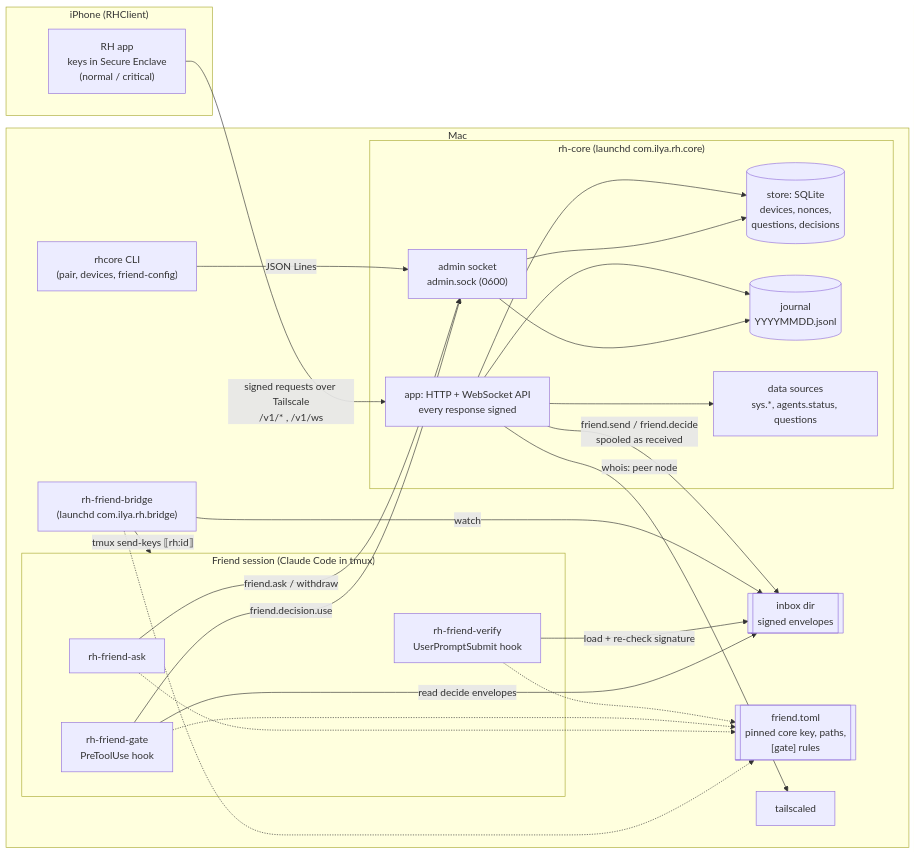
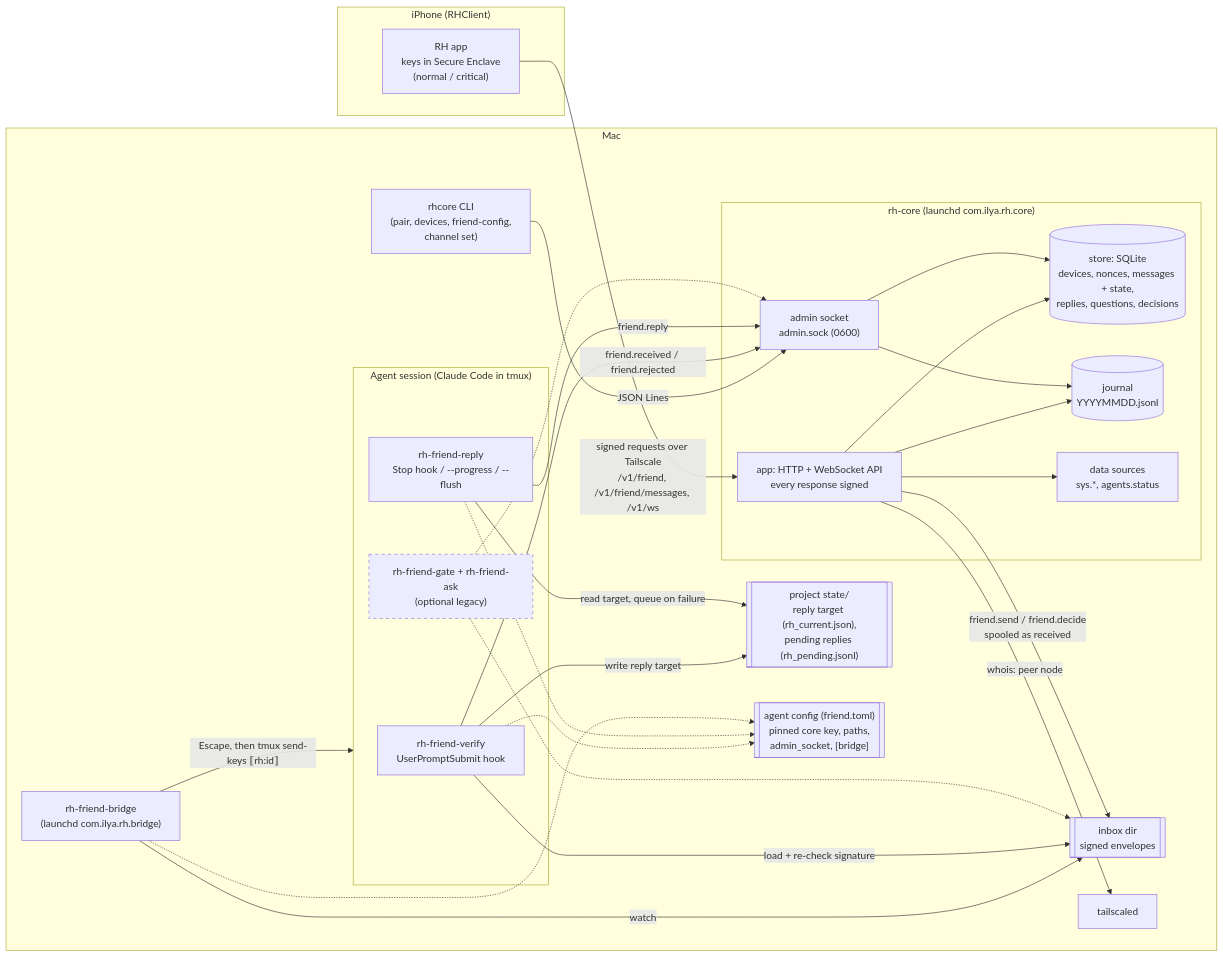
One commit to ilyxas/RHServer changed the diagram in docs/charts/runtime.md. Above: the diagram before and after it, drawn with Mermaid. The commit also changed other lines of this file and 6 other files, not shown here.

First line of the commit message:
docs/charts: update UML for the simple channel

````diff
--- a/docs/charts/runtime.md
+++ b/docs/charts/runtime.md
@@ -5,46 +6,53 @@
 ```mermaid
 flowchart LR
     subgraph phone["iPhone (RHClient)"]
         app["RH app<br/>keys in Secure Enclave<br/>(normal / critical)"]
     end
 
     subgraph mac["Mac"]
         subgraph core_proc["rh-core (launchd com.ilya.rh.core)"]
             api["app: HTTP + WebSocket API<br/>every response signed"]
             admin["admin socket<br/>admin.sock (0600)"]
-            store[("store: SQLite<br/>devices, nonces,<br/>questions, decisions")]
+            store[("store: SQLite<br/>devices, nonces, messages + state,<br/>replies, questions, decisions")]
             journal[("journal<br/>YYYYMMDD.jsonl")]
-            data["data sources<br/>sys.*, agents.status, questions"]
+            data["data sources<br/>sys.*, agents.status"]
         end
 
         inbox[["inbox dir<br/>signed envelopes"]]
-        cli["rhcore CLI<br/>(pair, devices, friend-config)"]
+        cli["rhcore CLI<br/>(pair, devices, friend-config,<br/>channel set)"]
         bridge["rh-friend-bridge<br/>(launchd com.ilya.rh.bridge)"]
 
-        subgraph friend_sess["Friend session (Claude Code in tmux)"]
+        subgraph agent_sess["Agent session (Claude Code in tmux)"]
             verify["rh-friend-verify<br/>UserPromptSubmit hook"]
-            gate["rh-friend-gate<br/>PreToolUse hook"]
-            ask["rh-friend-ask"]
+            reply["rh-friend-reply<br/>Stop hook / --progress / --flush"]
+            gate["rh-friend-gate + rh-friend-ask<br/>(optional legacy)"]
         end
 
-        cfg[["friend.toml<br/>pinned core key, paths,<br/>[gate] rules"]]
+        state[["project state/<br/>reply target (rh_current.json),<br/>pending replies (rh_pending.jsonl)"]]
+        cfg[["agent config (friend.toml)<br/>pinned core key, paths,<br/>admin_socket, [bridge]"]]
         ts["tailscaled"]
     end
 
-    app -- "signed requests over Tailscale<br/>/v1/* , /v1/ws" --> api
+    app -- "signed requests over Tailscale<br/>/v1/friend, /v1/friend/messages, /v1/ws" --> api
     api -- "whois: peer node" --> ts
     api --> store & journal
     api --> data
     api -- "friend.send / friend.decide<br/>spooled as received" --> inbox
 
     cli -- "JSON Lines" --> admin
-    ask -- "friend.ask / withdraw" --> admin
-    gate -- "friend.decision.use" --> admin
+    verify -- "friend.received / friend.rejected" --> admin
+    reply -- "friend.reply" --> admin
+    gate -.-> admin
     admin --> store & journal
 
     bridge -- "watch" --> inbox
-    bridge -- "tmux send-keys ⟦rh:id⟧" --> friend_sess
+    bridge -- "Escape, then tmux send-keys ⟦rh:id⟧" --> agent_sess
     verify -- "load + re-check signature" --> inbox
-    gate -- "read decide envelopes" --> inbox
-    verify & gate & ask & bridge -.-> cfg
+    gate -.-> inbox
+    verify -- "write reply target" --> state
+    reply -- "read target, queue on failure" --> state
+    verify & reply & bridge -.-> cfg
+
+    classDef optional stroke-dasharray: 5 5
+    class gate optional
 ```
````
